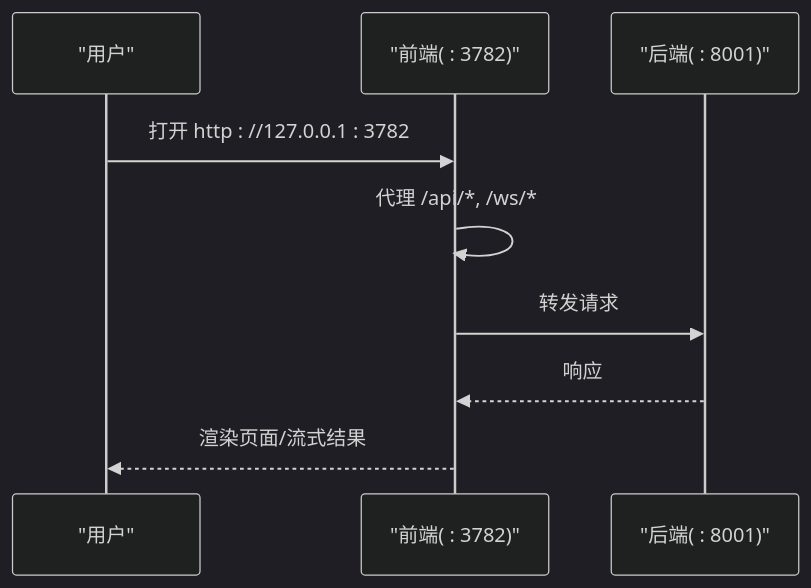
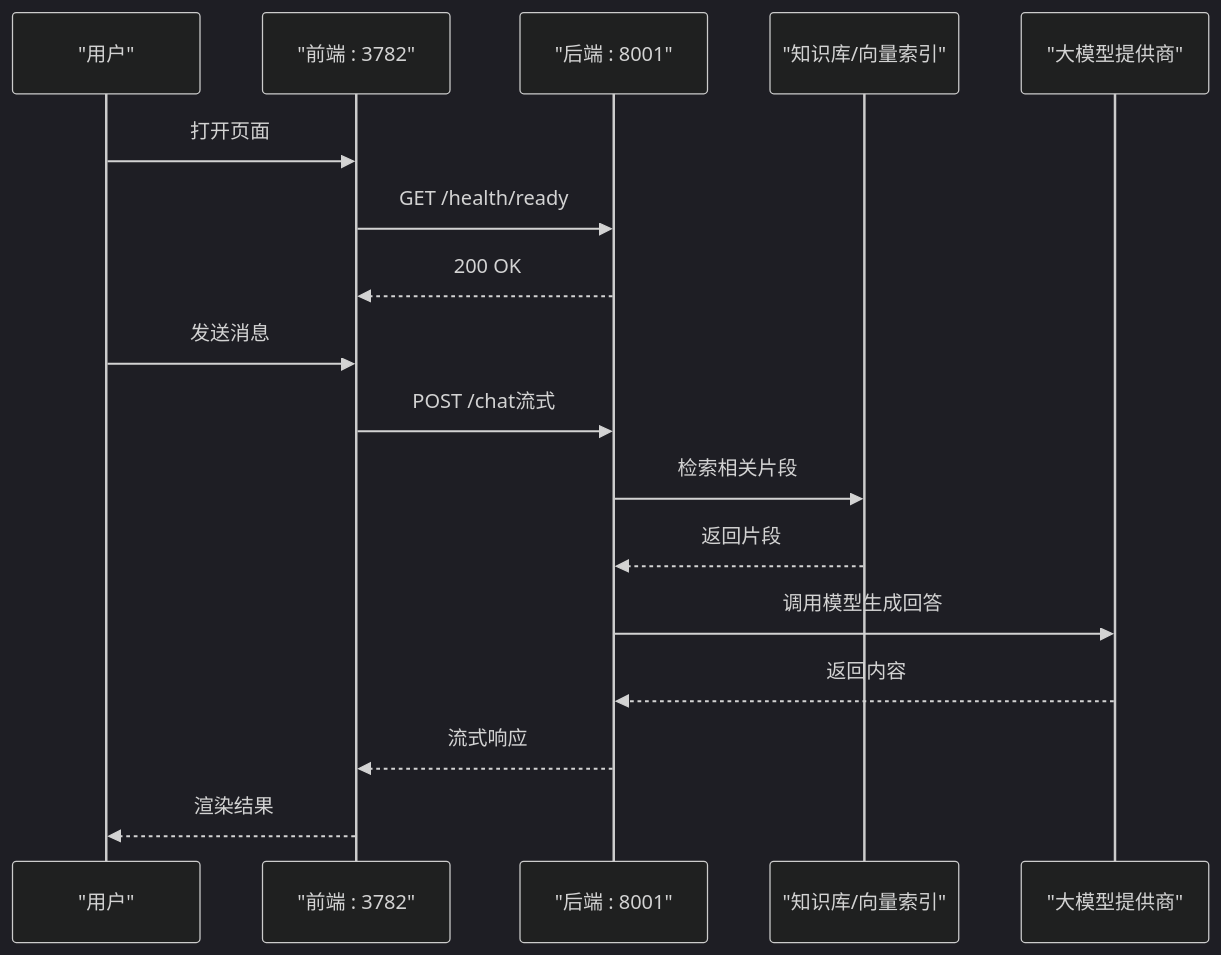
Before and after one commit to gongzili456/DeepTutor: the second of 3 diagrams in .qoder/repowiki/zh/content/项目概述/快速开始指南.md, drawn with Mermaid (dark theme). The commit also changed other lines of this file and 1242 other files, not shown here.

````diff
--- a/.qoder/repowiki/zh/content/项目概述/快速开始指南.md
+++ b/.qoder/repowiki/zh/content/项目概述/快速开始指南.md
@@ -77,11 +92,19 @@
 ```mermaid
 sequenceDiagram
-participant U as "用户"
-participant FE as "前端( : 3782)"
-participant BE as "后端( : 8001)"
-U->>FE : 打开 http : //127.0.0.1 : 3782
-FE->>FE : 代理 /api/*, /ws/*
-FE->>BE : 转发请求
-BE-->>FE : 响应
-FE-->>U : 渲染页面/流式结果
+participant User as "用户"
+participant Web as "前端 : 3782"
+participant API as "后端 : 8001"
+participant KB as "知识库/向量索引"
+participant LLM as "大模型提供商"
+User->>Web : 打开页面
+Web->>API : GET /health/ready
+API-->>Web : 200 OK
+User->>Web : 发送消息
+Web->>API : POST /chat流式
+API->>KB : 检索相关片段
+KB-->>API : 返回片段
+API->>LLM : 调用模型生成回答
+LLM-->>API : 返回内容
+API-->>Web : 流式响应
+Web-->>User : 渲染结果
 ```
````
